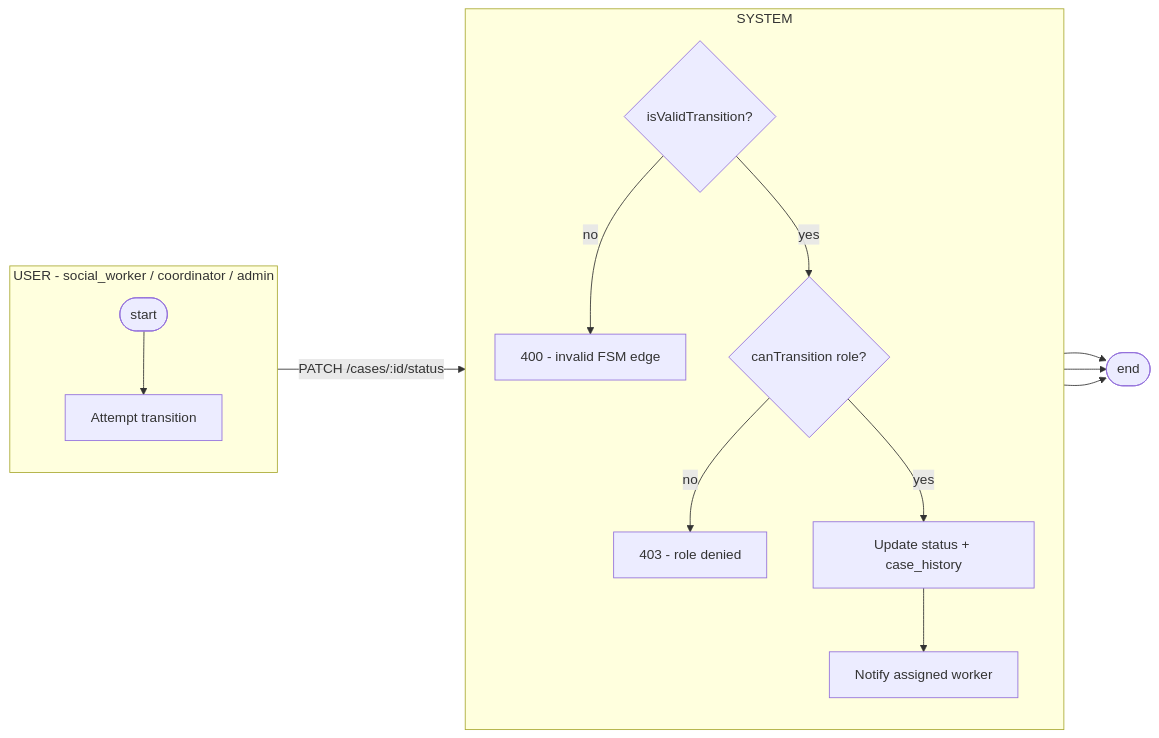
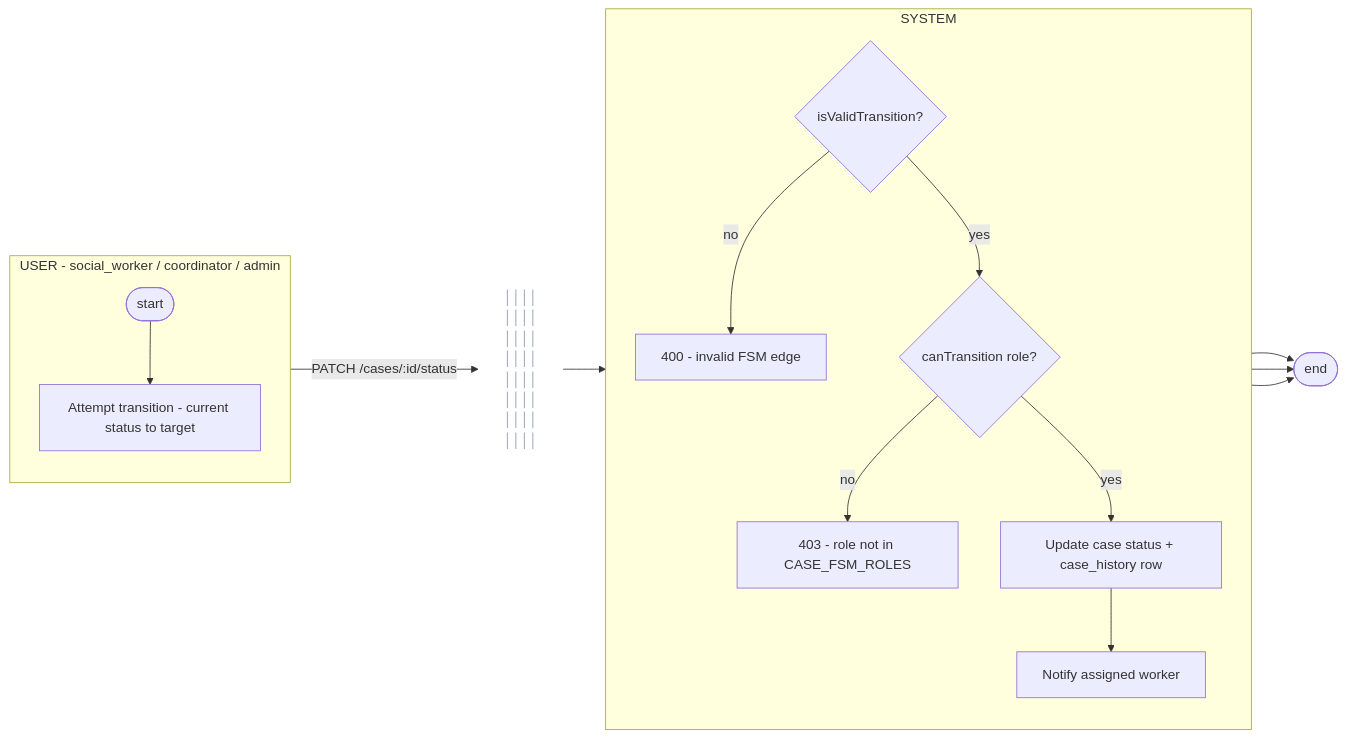
The second of 12 diagrams in docs/diagrams/04-1-activity-diagram.md (urlsalimbot/THESIS1-KAPWA), drawn with Mermaid before and after one commit. The commit also changed other lines of this file, not shown here.

Commit message:
docs: add vertical divider line between user and system lanes in activity diagrams

````diff
--- a/docs/diagrams/04-1-activity-diagram.md
+++ b/docs/diagrams/04-1-activity-diagram.md
@@ -79,25 +76,27 @@
 ```mermaid
 flowchart LR
     subgraph U["USER - social_worker / coordinator / admin"]
         direction TB
-        A([start]) --> B[Attempt transition]
+        A([start]) --> B[Attempt transition - current status to target]
     end
     subgraph S["SYSTEM"]
         direction TB
         C{isValidTransition?}
         D{canTransition role?}
-        E[Update status + case_history]
+        E[Update case status + case_history row]
         F[Notify assigned worker]
         G[400 - invalid FSM edge]
-        H[403 - role denied]
+        H[403 - role not in CASE_FSM_ROLES]
     end
-    B -->|"PATCH /cases/:id/status"| C
+    DIV["││││<br/>││││<br/>││││<br/>││││<br/>││││<br/>││││<br/>││││<br/>││││"]
+    B -->|"PATCH /cases/:id/status"| DIV --> C
     C -- no --> G
     G --> Z([end])
     C -- yes --> D
     D -- no --> H
     H --> Z
     D -- yes --> E
     E --> F
     F --> Z
+    style DIV fill:none,stroke:none,color:#94a3b8,font-size:16px,font-weight:bold
 ```
````
